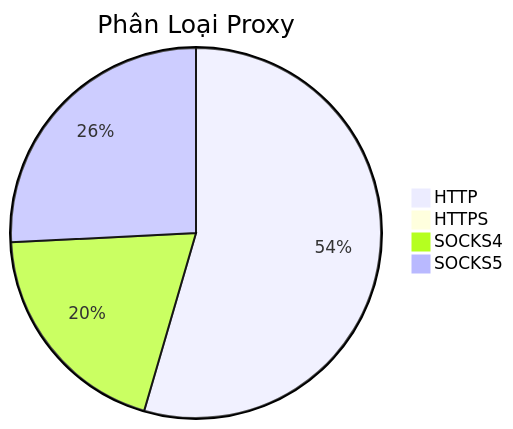
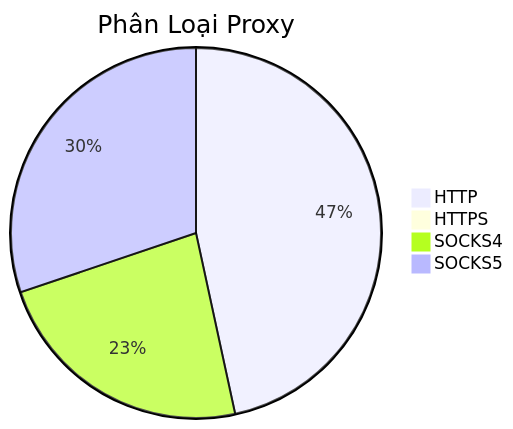
The diagram in README.md (Ciara-12/PROXY-free), drawn with Mermaid before and after one commit. The commit also changed other lines of this file and 4 other files, not shown here.

````diff
--- a/README.md
+++ b/README.md
@@ -26,7 +26,7 @@
 ```mermaid
 pie title Phân Loại Proxy
-    "HTTP" : 972
-    "HTTPS" : 3
-    "SOCKS4" : 351
-    "SOCKS5" : 460
+    "HTTP" : 769
+    "HTTPS" : 1
+    "SOCKS4" : 383
+    "SOCKS5" : 498
 ```
````
